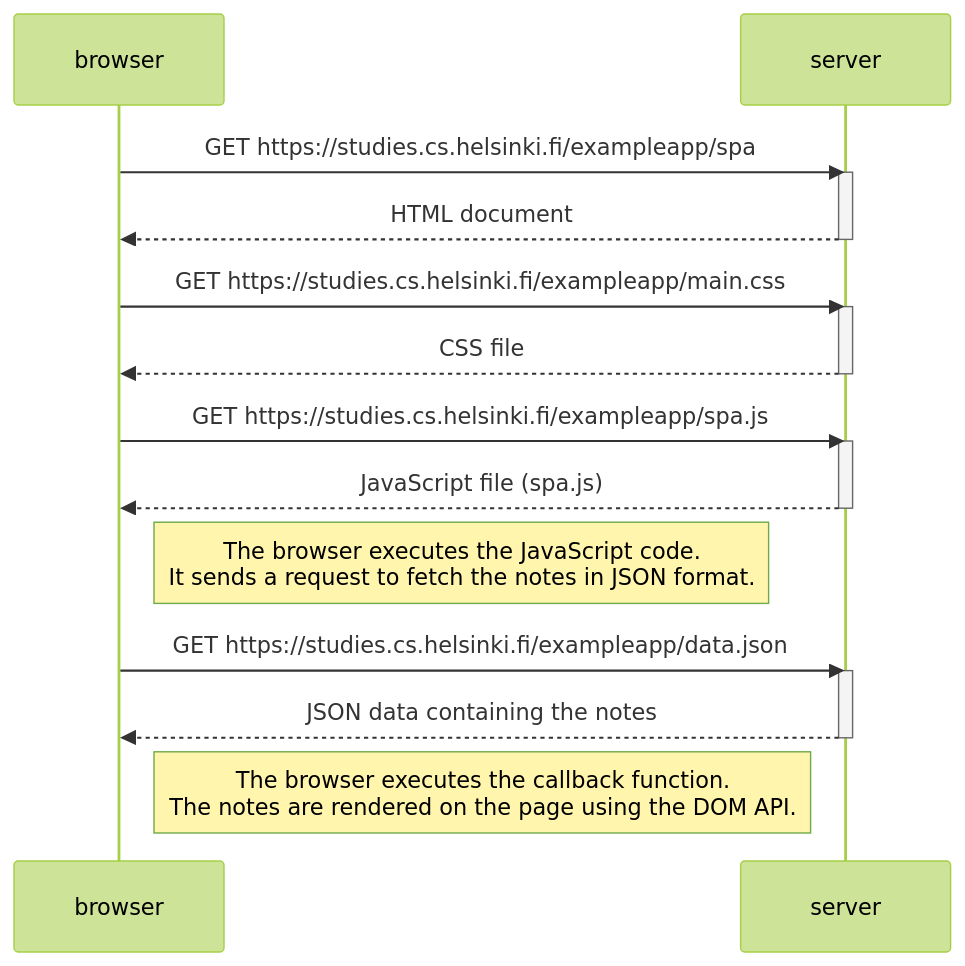
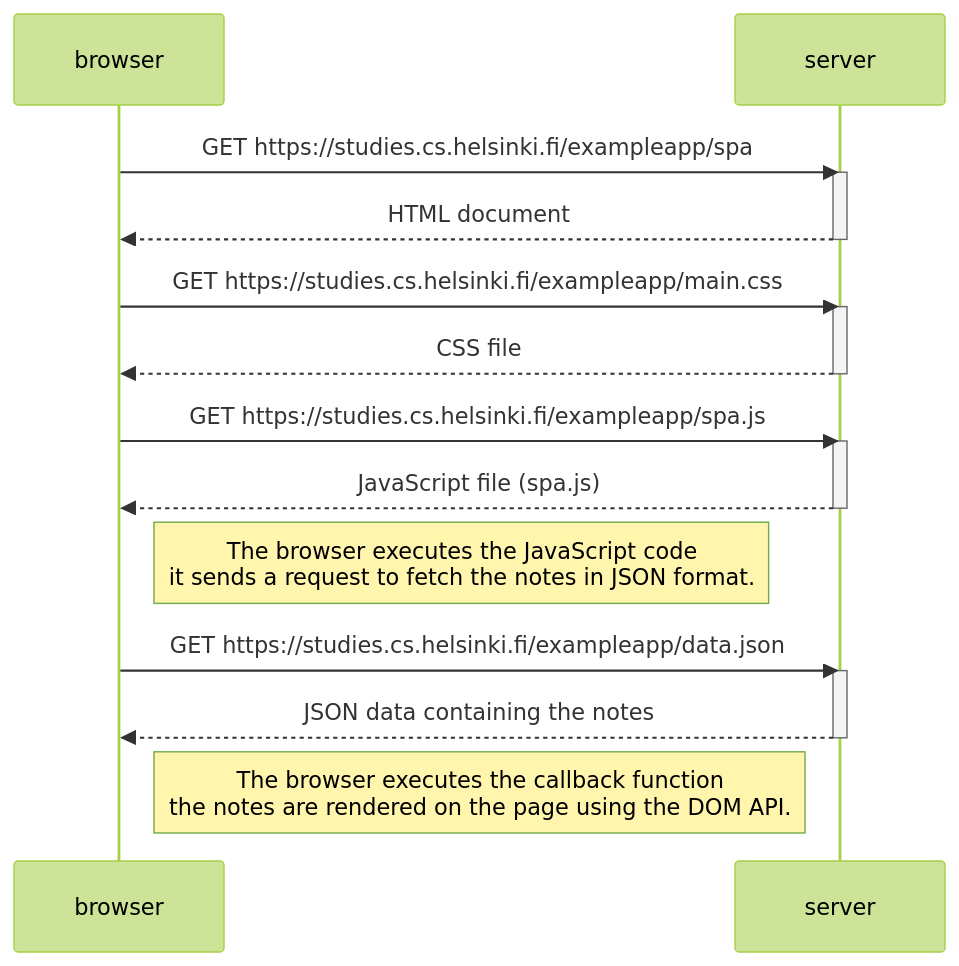
The diagram in part0/0.5.md (MoisesAlfar0o/FullStackOpen), drawn with Mermaid (forest theme) before and after one commit. The commit also changed 2 other files, not shown here.

Commit message:
Complete Part 0 exercises

````diff
--- a/part0/0.5.md
+++ b/part0/0.5.md
@@ -1,29 +1,29 @@
 ```mermaid
   sequenceDiagram
     participant browser
     participant server
 
     browser->>server: GET https://studies.cs.helsinki.fi/exampleapp/spa
     activate server
     server-->>browser: HTML document
     deactivate server
 
     browser->>server: GET https://studies.cs.helsinki.fi/exampleapp/main.css
     activate server
     server-->>browser: CSS file
     deactivate server
 
     browser->>server: GET https://studies.cs.helsinki.fi/exampleapp/spa.js
     activate server
     server-->>browser: JavaScript file (spa.js)
     deactivate server
 
-    Note right of browser: The browser executes the JavaScript code.<br/>It sends a request to fetch the notes in JSON format.
+    Note right of browser: The browser executes the JavaScript code<br/>it sends a request to fetch the notes in JSON format.
 
     browser->>server: GET https://studies.cs.helsinki.fi/exampleapp/data.json
     activate server
     server-->>browser: JSON data containing the notes
     deactivate server
 
-    Note right of browser: The browser executes the callback function.<br/>The notes are rendered on the page using the DOM API.
+    Note right of browser: The browser executes the callback function<br/>the notes are rendered on the page using the DOM API.
 ```
````
